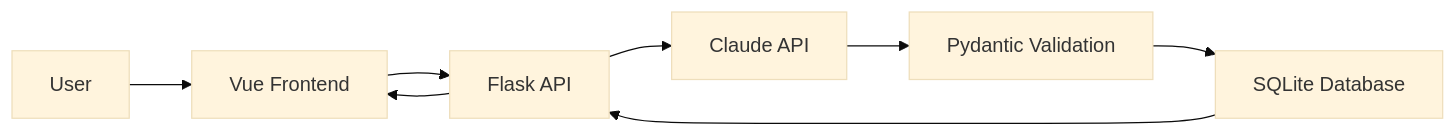
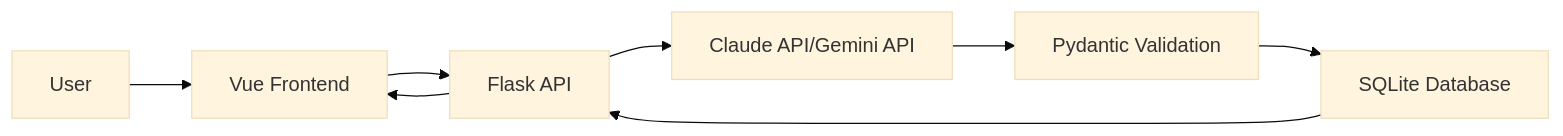
One commit to asmitk991/Ai-task-mangager changed the first of 2 diagrams in README.md. Above: the diagram before and after it, drawn with Mermaid (base theme). The commit also changed other lines of this file, not shown here.

Commit message:
Update README to include Google Gemini in features

````diff
--- a/README.md
+++ b/README.md
@@ -68,10 +68,10 @@
 ```mermaid
 flowchart LR
     U["User"] --> V["Vue Frontend"]
     V --> F["Flask API"]
-    F --> C["Claude API"]
+    F --> C["Claude API/Gemini API"]
     C --> P["Pydantic Validation"]
     P --> D["SQLite Database"]
     D --> F
     F --> V
 ```
````
